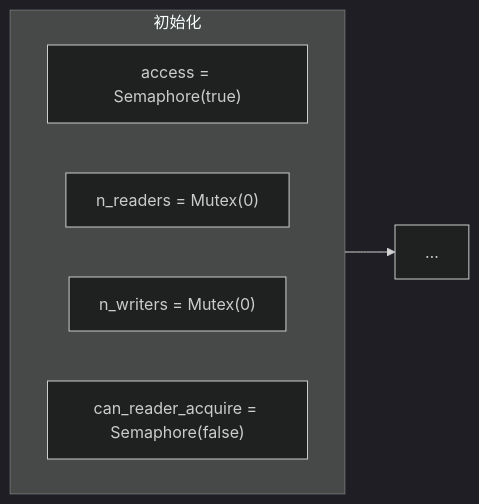
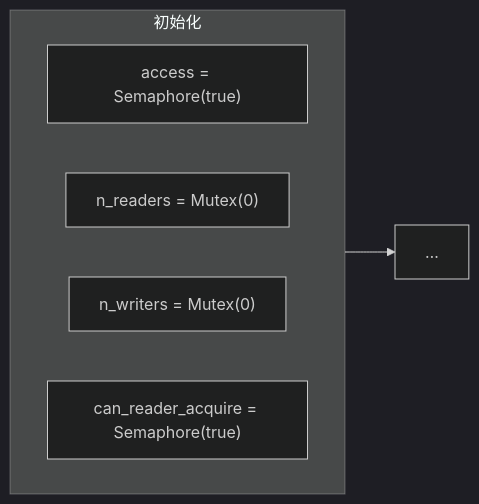
Before and after one commit to YDX-2147483647/os_homework: the fifth of 13 diagrams in doc/doc_2.md, drawn with Mermaid (dark theme). The commit also changed other lines of this file, not shown here.

````diff
--- a/doc/doc_2.md
+++ b/doc/doc_2.md
@@ -332,12 +332,12 @@
   ```mermaid
   flowchart LR
   subgraph 初始化
       direction LR
       init_access["access = Semaphore(true)"]
       init_n["n_readers = Mutex(0)"]
       n_w["n_writers = Mutex(0)"]
-      can["can_reader_acquire = Semaphore(false)"]
+      can["can_reader_acquire = Semaphore(true)"]
   end
   
   初始化 --> ell["…"]
   ```
````
